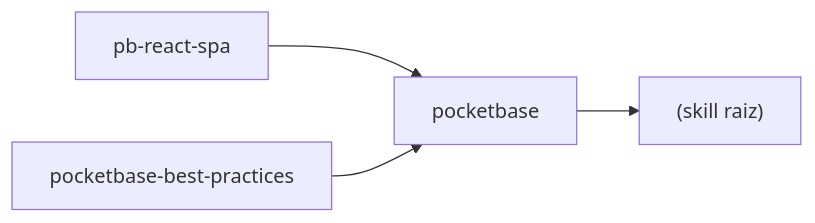
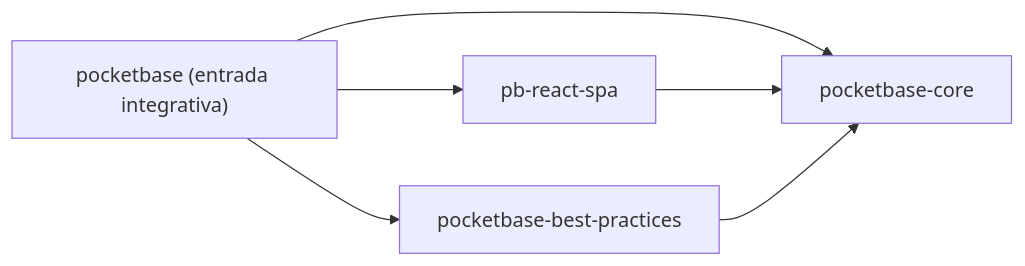
Before and after one commit to camillanapoles/pocketbase-skills: the diagram in INDEX.md, drawn with Mermaid. The commit also changed other lines of this file and 38 other files, not shown here.

First line of the commit message:
feat: skill pocketbase integrativa (root) + rename pocketbase -> pocketbase-core

````diff
--- a/INDEX.md
+++ b/INDEX.md
@@ -31,6 +33,9 @@
 ```mermaid
 graph LR
-    pb-react-spa --> pocketbase
-    pocketbase-best-practices --> pocketbase
-    pocketbase --> nada["(skill raiz)"]
+    pocketbase["pocketbase (entrada integrativa)"]
+    pocketbase --> pb-react-spa
+    pocketbase --> pocketbase-best-practices
+    pocketbase --> pocketbase-core
+    pb-react-spa --> pocketbase-core
+    pocketbase-best-practices --> pocketbase-core
 ```
````
